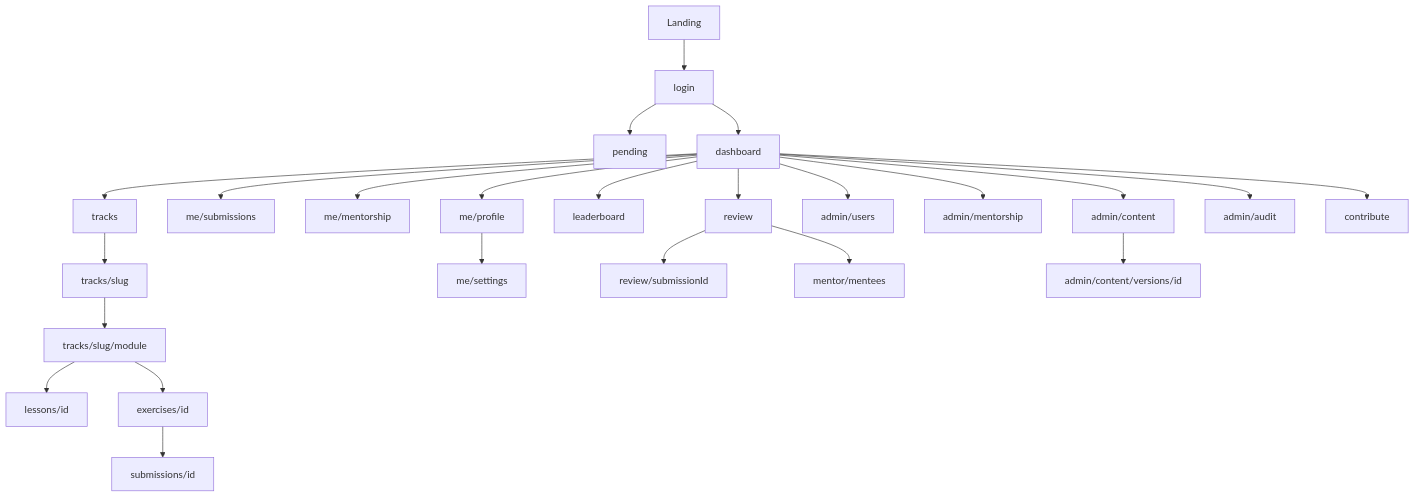
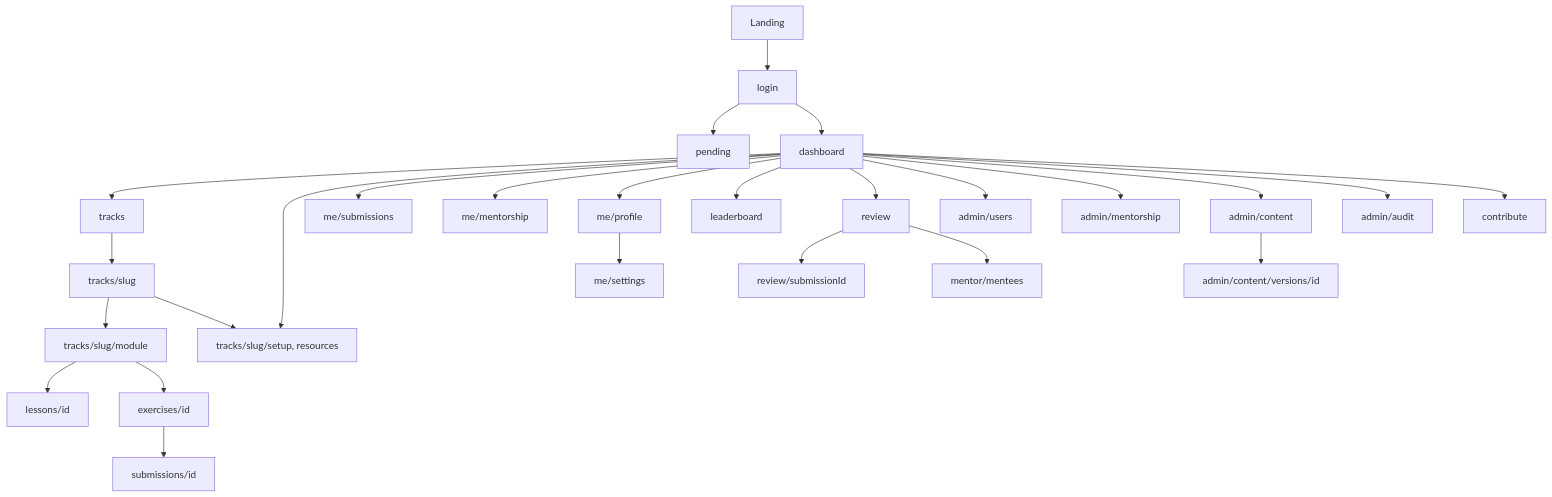
The diagram in docs/product/INFORMATION-ARCHITECTURE.md (hcmute-dsc/learning-hub-docs), drawn with Mermaid before and after one commit. The commit also changed other lines of this file and 5 other files, not shown here.

First line of the commit message:
Docs: track setup and resources pages (#40)

````diff
--- a/docs/product/INFORMATION-ARCHITECTURE.md
+++ b/docs/product/INFORMATION-ARCHITECTURE.md
@@ -17,42 +17,45 @@
 ```mermaid
 flowchart TD
   Home[" Landing"]
   Login["login"]
   Pending["pending"]
   Dash["dashboard"]
   Tracks["tracks"]
   Track["tracks/slug"]
+  TrackDocs["tracks/slug/setup, resources"]
   Module["tracks/slug/module"]
   Lesson["lessons/id"]
   Exercise["exercises/id"]
   Sub["submissions/id"]
   MySubs["me/submissions"]
   MyMentor["me/mentorship"]
   Profile["me/profile"]
   Settings["me/settings"]
   Leader["leaderboard"]
   Review["review"]
   ReviewOne["review/submissionId"]
   Mentees["mentor/mentees"]
   AdminUsers["admin/users"]
   AdminMentor["admin/mentorship"]
   AdminContent["admin/content"]
   AdminVer["admin/content/versions/id"]
   AdminAudit["admin/audit"]
   Contribute["contribute"]
   Home --> Login --> Pending
   Login --> Dash
   Dash --> Tracks --> Track --> Module --> Lesson
+  Track --> TrackDocs
+  Dash --> TrackDocs
   Module --> Exercise --> Sub
   Dash --> MySubs
   Dash --> MyMentor
   Dash --> Profile --> Settings
   Dash --> Leader
   Dash --> Review --> ReviewOne
   Review --> Mentees
   Dash --> AdminUsers
   Dash --> AdminMentor
   Dash --> AdminContent --> AdminVer
   Dash --> AdminAudit
   Dash --> Contribute
 ```
````
